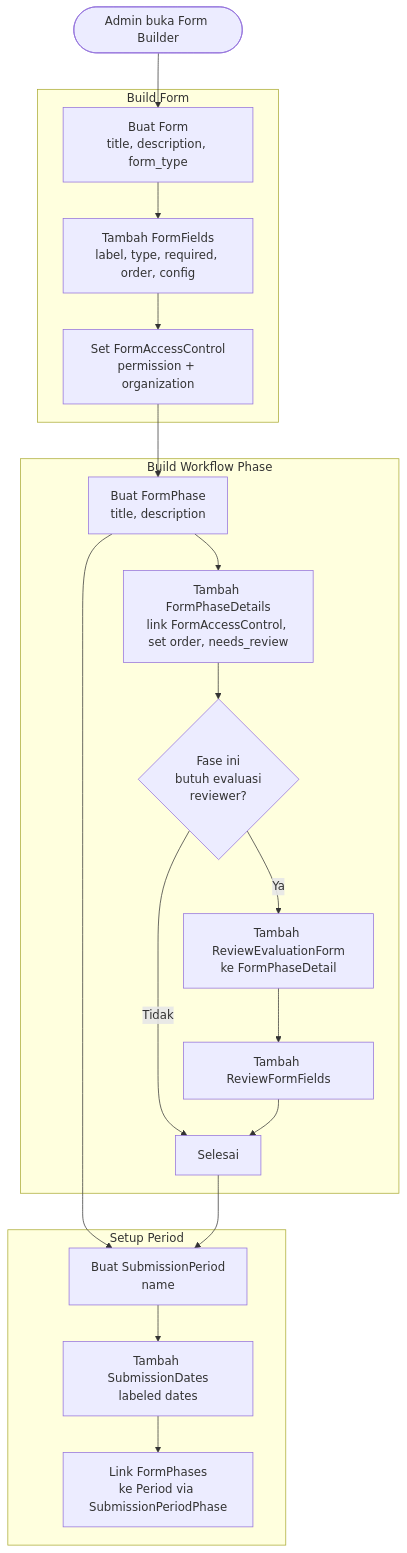
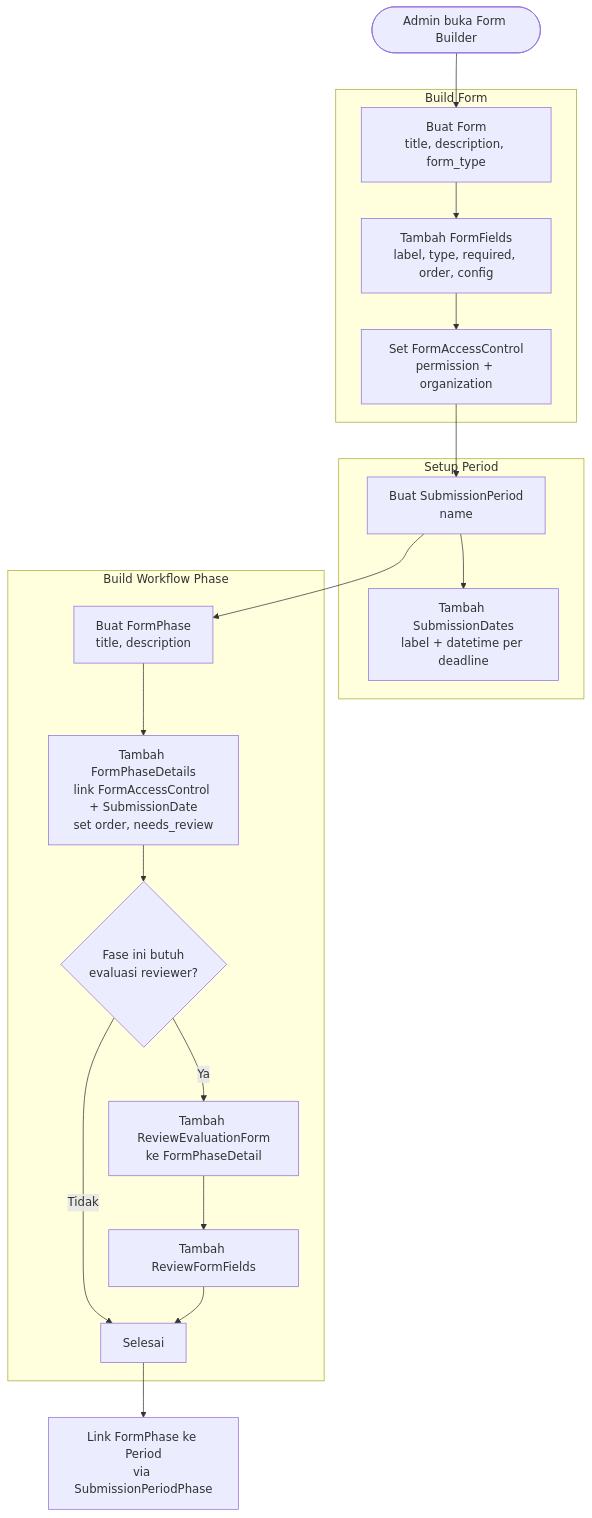
Before and after one commit to nas11ai/sim-kerjasama-itk: the first of 6 diagrams in docs/requirement-analysis/ddd/generic/01_form_engine.md, drawn with Mermaid. The commit also changed other lines of this file and 2 other files, not shown here.

Commit message:
docs: add form temporal access in ddd

````diff
--- a/docs/requirement-analysis/ddd/generic/01_form_engine.md
+++ b/docs/requirement-analysis/ddd/generic/01_form_engine.md
@@ -21,29 +21,28 @@
 ```mermaid
 flowchart TD
     START([Admin buka Form Builder]) --> A
 
     subgraph BUILD["Build Form"]
         A[Buat Form<br/>title, description, form_type]
         A --> B[Tambah FormFields<br/>label, type, required, order, config]
         B --> C[Set FormAccessControl<br/>permission + organization]
     end
 
+    subgraph PERIOD["Setup Period"]
+        J[Buat SubmissionPeriod<br/>name]
+        J --> K[Tambah SubmissionDates<br/>label + datetime per deadline]
+    end
+
     subgraph PHASE["Build Workflow Phase"]
         D[Buat FormPhase<br/>title, description]
-        D --> E[Tambah FormPhaseDetails<br/>link FormAccessControl, set order, needs_review]
-        E --> F{Fase ini<br/>butuh evaluasi<br/>reviewer?}
+        D --> E[Tambah FormPhaseDetails<br/>link FormAccessControl + SubmissionDate<br/>set order, needs_review]
+        E --> F{Fase ini butuh<br/>evaluasi reviewer?}
         F -->|Ya| G[Tambah ReviewEvaluationForm<br/>ke FormPhaseDetail]
         G --> H[Tambah ReviewFormFields]
         F -->|Tidak| I[Selesai]
         H --> I
     end
 
-    subgraph PERIOD["Setup Period"]
-        J[Buat SubmissionPeriod<br/>name]
-        J --> K[Tambah SubmissionDates<br/>labeled dates]
-        K --> L[Link FormPhases<br/>ke Period via SubmissionPeriodPhase]
-    end
-
-    C --> D --> J
-    I --> J
+    C --> J --> D
+    I --> L[Link FormPhase ke Period<br/>via SubmissionPeriodPhase]
 ```
````
